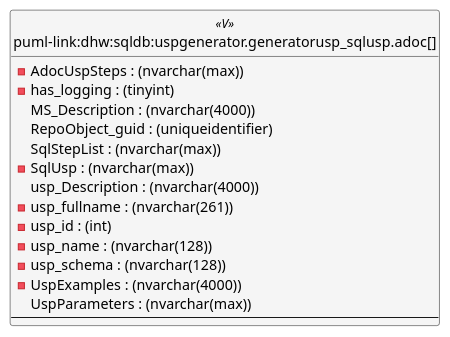
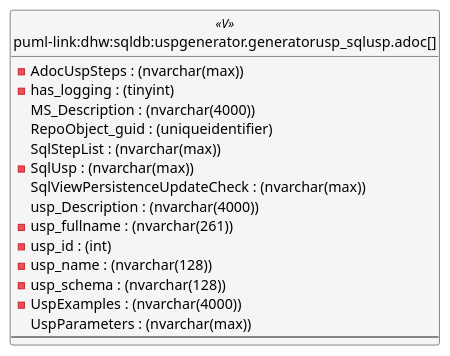
One commit to DataHandwerk/dhw-antora-sqldb changed the first of 6 diagrams in docs/modules/sqldb/partials/content/uspgenerator.generatorusp_sqlusp.adoc. Above: the diagram before and after it, drawn with PlantUML. The commit also changed other lines of this file and 701 other files, not shown here.

```diff
--- a/docs/modules/sqldb/partials/content/uspgenerator.generatorusp_sqlusp.adoc
+++ b/docs/modules/sqldb/partials/content/uspgenerator.generatorusp_sqlusp.adoc
@@ -778,46 +805,47 @@
 [plantuml, entity-{docname}, svg, subs=macros]
 ....
 'Left to right direction
 top to bottom direction
 hide circle
 'avoide "." issues:
 set namespaceSeparator none
 
 
 skinparam class {
   BackgroundColor White
   BackgroundColor<<FN>> Yellow
   BackgroundColor<<FS>> Yellow
   BackgroundColor<<FT>> LightGray
   BackgroundColor<<IF>> Yellow
   BackgroundColor<<IS>> Yellow
   BackgroundColor<<P>>  Aqua
   BackgroundColor<<PC>> Aqua
   BackgroundColor<<SN>> Yellow
   BackgroundColor<<SO>> SlateBlue
   BackgroundColor<<TF>> LightGray
   BackgroundColor<<TR>> Tomato
   BackgroundColor<<U>>  White
   BackgroundColor<<V>>  WhiteSmoke
   BackgroundColor<<X>>  Aqua
   BackgroundColor<<external>> AliceBlue
 }
 
 
 entity "puml-link:dhw:sqldb:uspgenerator.generatorusp_sqlusp.adoc[]" as uspgenerator.GeneratorUsp_SqlUsp << V >> {
   - AdocUspSteps : (nvarchar(max))
   - has_logging : (tinyint)
   MS_Description : (nvarchar(4000))
   RepoObject_guid : (uniqueidentifier)
   SqlStepList : (nvarchar(max))
   - SqlUsp : (nvarchar(max))
+  SqlViewPersistenceUpdateCheck : (nvarchar(max))
   usp_Description : (nvarchar(4000))
   - usp_fullname : (nvarchar(261))
   - usp_id : (int)
   - usp_name : (nvarchar(128))
   - usp_schema : (nvarchar(128))
   - UspExamples : (nvarchar(4000))
   UspParameters : (nvarchar(max))
   --
 }
 ....
```
